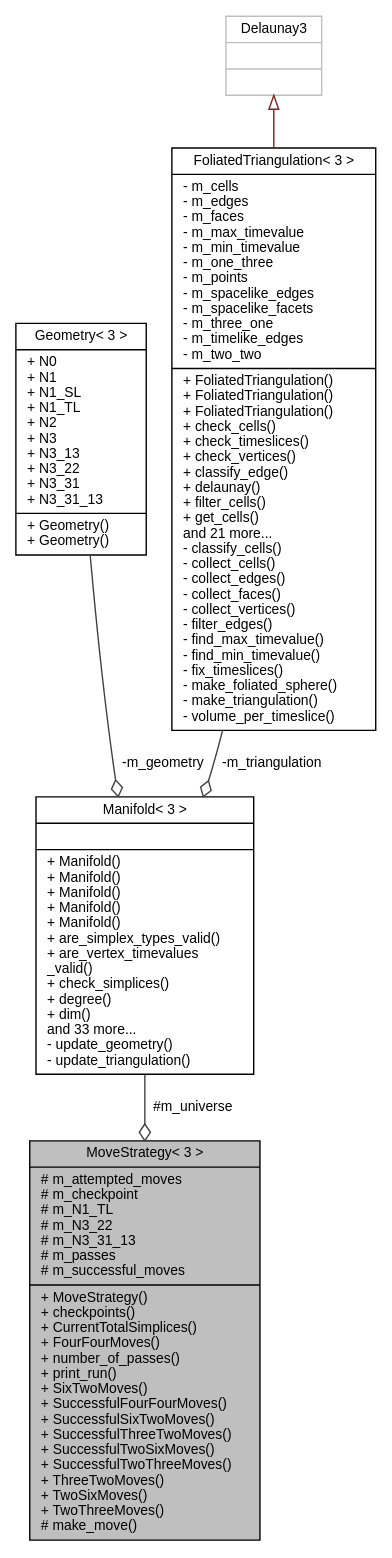
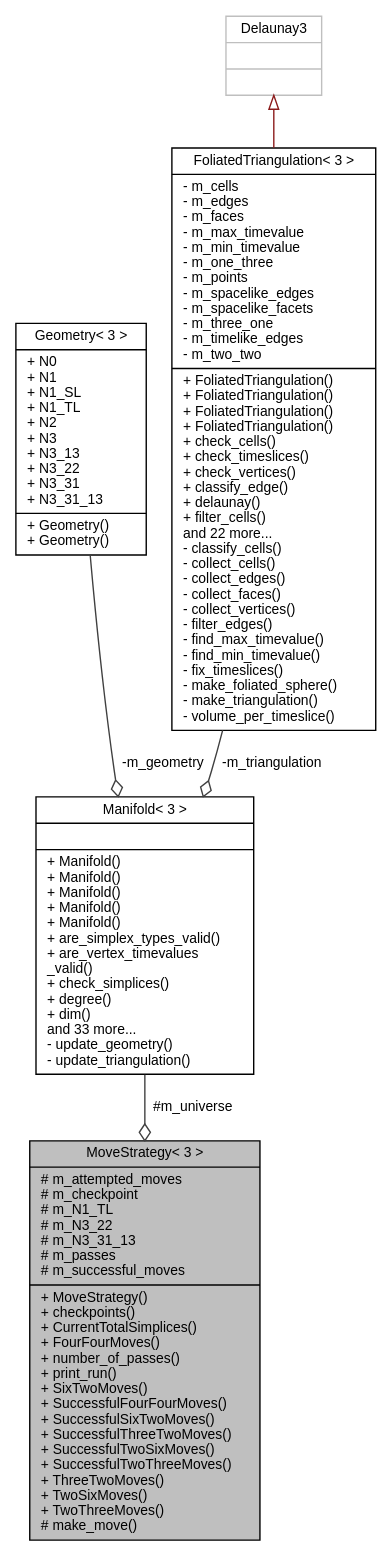
The diagram in class_move_strategy_3_013_01_4__coll__graph.dot (acgetchell/CDT-plusplus), drawn with Graphviz before and after one commit. The commit also changed 182 other files, not shown here.

```diff
--- a/class_move_strategy_3_013_01_4__coll__graph.dot
+++ b/class_move_strategy_3_013_01_4__coll__graph.dot
@@ -1,15 +1,15 @@
 digraph "MoveStrategy&lt; 3 &gt;"
 {
  // LATEX_PDF_SIZE
   edge [fontname="Helvetica",fontsize="10",labelfontname="Helvetica",labelfontsize="10"];
   node [fontname="Helvetica",fontsize="10",shape=record];
   Node1 [label="{MoveStrategy\< 3 \>\n|# m_attempted_moves\l# m_checkpoint\l# m_N1_TL\l# m_N3_22\l# m_N3_31_13\l# m_passes\l# m_successful_moves\l|+ MoveStrategy()\l+ checkpoints()\l+ CurrentTotalSimplices()\l+ FourFourMoves()\l+ number_of_passes()\l+ print_run()\l+ SixTwoMoves()\l+ SuccessfulFourFourMoves()\l+ SuccessfulSixTwoMoves()\l+ SuccessfulThreeTwoMoves()\l+ SuccessfulTwoSixMoves()\l+ SuccessfulTwoThreeMoves()\l+ ThreeTwoMoves()\l+ TwoSixMoves()\l+ TwoThreeMoves()\l# make_move()\l}",height=0.2,width=0.4,color="black", fillcolor="grey75", style="filled", fontcolor="black",tooltip=" "];
   Node2 -> Node1 [color="grey25",fontsize="10",style="solid",label=" #m_universe" ,arrowhead="odiamond",fontname="Helvetica"];
   Node2 [label="{Manifold\< 3 \>\n||+ Manifold()\l+ Manifold()\l+ Manifold()\l+ Manifold()\l+ Manifold()\l+ are_simplex_types_valid()\l+ are_vertex_timevalues\l_valid()\l+ check_simplices()\l+ degree()\l+ dim()\land 33 more...\l- update_geometry()\l- update_triangulation()\l}",height=0.2,width=0.4,color="black", fillcolor="white", style="filled",URL="$class_manifold_3_013_01_4.html",tooltip="3D Manifold"];
   Node3 -> Node2 [color="grey25",fontsize="10",style="solid",label=" -m_geometry" ,arrowhead="odiamond",fontname="Helvetica"];
   Node3 [label="{Geometry\< 3 \>\n|+ N0\l+ N1\l+ N1_SL\l+ N1_TL\l+ N2\l+ N3\l+ N3_13\l+ N3_22\l+ N3_31\l+ N3_31_13\l|+ Geometry()\l+ Geometry()\l}",height=0.2,width=0.4,color="black", fillcolor="white", style="filled",URL="$struct_geometry_3_013_01_4.html",tooltip="3D Geometry"];
   Node4 -> Node2 [color="grey25",fontsize="10",style="solid",label=" -m_triangulation" ,arrowhead="odiamond",fontname="Helvetica"];
-  Node4 [label="{FoliatedTriangulation\< 3 \>\n|- m_cells\l- m_edges\l- m_faces\l- m_max_timevalue\l- m_min_timevalue\l- m_one_three\l- m_points\l- m_spacelike_edges\l- m_spacelike_facets\l- m_three_one\l- m_timelike_edges\l- m_two_two\l|+ FoliatedTriangulation()\l+ FoliatedTriangulation()\l+ FoliatedTriangulation()\l+ check_cells()\l+ check_timeslices()\l+ check_vertices()\l+ classify_edge()\l+ delaunay()\l+ filter_cells()\l+ get_cells()\land 21 more...\l- classify_cells()\l- collect_cells()\l- collect_edges()\l- collect_faces()\l- collect_vertices()\l- filter_edges()\l- find_max_timevalue()\l- find_min_timevalue()\l- fix_timeslices()\l- make_foliated_sphere()\l- make_triangulation()\l- volume_per_timeslice()\l}",height=0.2,width=0.4,color="black", fillcolor="white", style="filled",URL="$class_foliated_triangulation_3_013_01_4.html",tooltip="3D Triangulation"];
+  Node4 [label="{FoliatedTriangulation\< 3 \>\n|- m_cells\l- m_edges\l- m_faces\l- m_max_timevalue\l- m_min_timevalue\l- m_one_three\l- m_points\l- m_spacelike_edges\l- m_spacelike_facets\l- m_three_one\l- m_timelike_edges\l- m_two_two\l|+ FoliatedTriangulation()\l+ FoliatedTriangulation()\l+ FoliatedTriangulation()\l+ FoliatedTriangulation()\l+ check_cells()\l+ check_timeslices()\l+ check_vertices()\l+ classify_edge()\l+ delaunay()\l+ filter_cells()\land 22 more...\l- classify_cells()\l- collect_cells()\l- collect_edges()\l- collect_faces()\l- collect_vertices()\l- filter_edges()\l- find_max_timevalue()\l- find_min_timevalue()\l- fix_timeslices()\l- make_foliated_sphere()\l- make_triangulation()\l- volume_per_timeslice()\l}",height=0.2,width=0.4,color="black", fillcolor="white", style="filled",URL="$class_foliated_triangulation_3_013_01_4.html",tooltip="3D Triangulation"];
   Node5 -> Node4 [dir="back",color="firebrick4",fontsize="10",style="solid",arrowtail="onormal",fontname="Helvetica"];
   Node5 [label="{Delaunay3\n||}",height=0.2,width=0.4,color="grey75", fillcolor="white", style="filled",tooltip=" "];
 }
```
